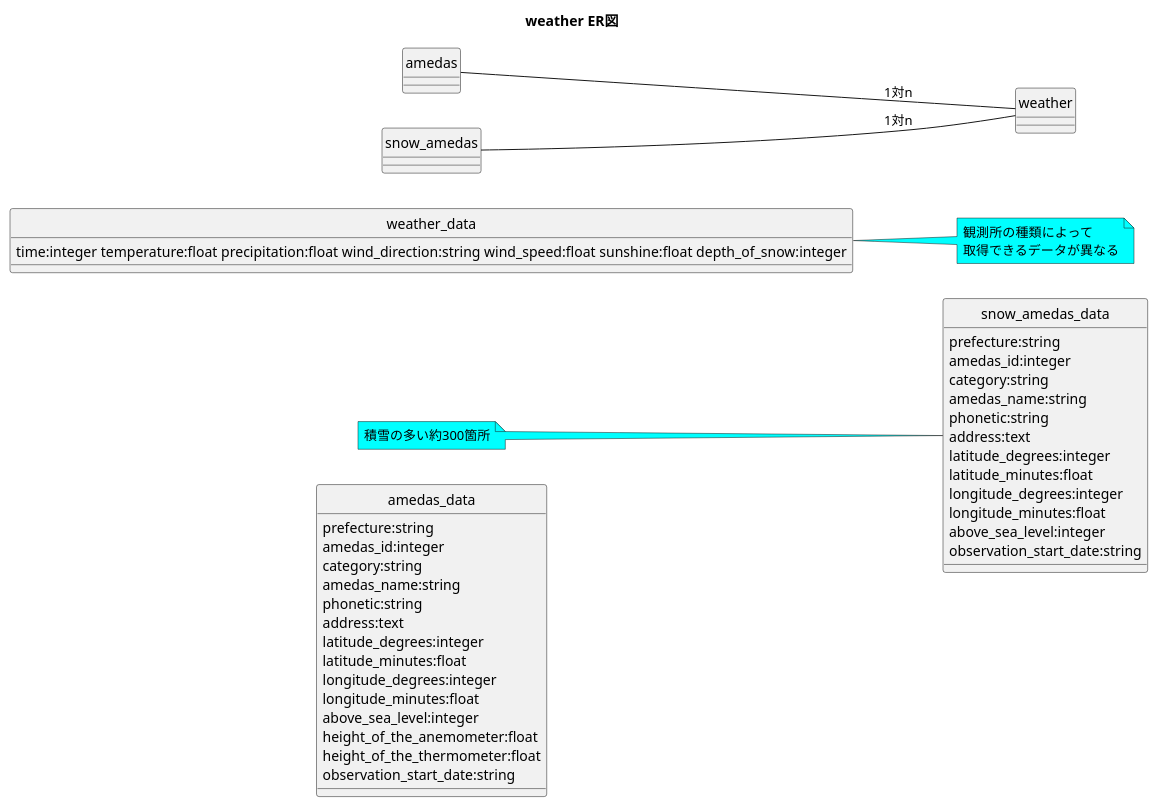
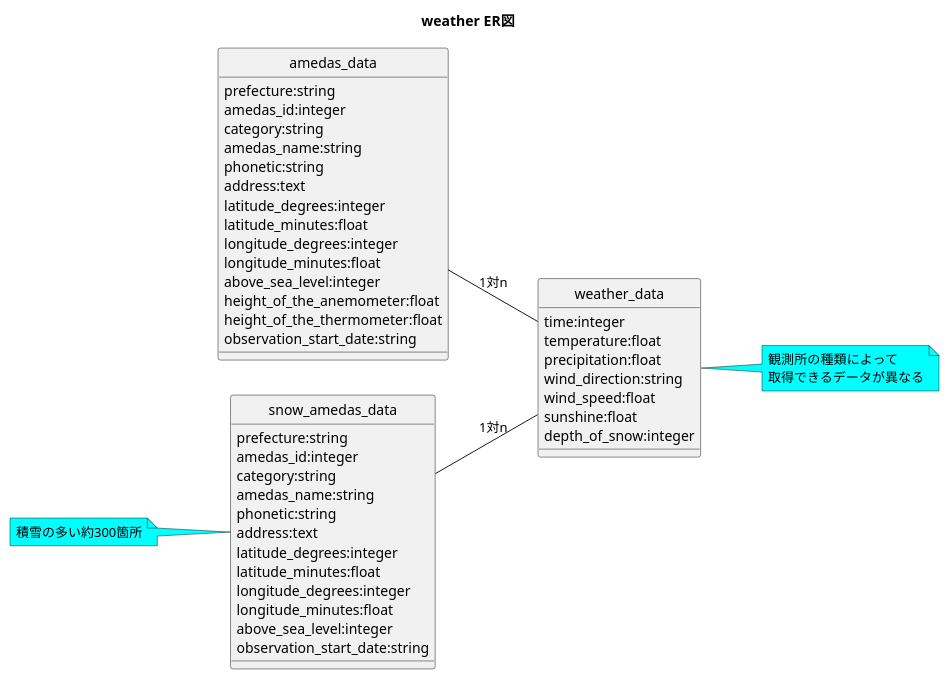
One commit to jagio0129/weather changed the diagram in doc/db_plan/true_database.pu. Above: the diagram before and after it, drawn with PlantUML. The commit also changed 1 other file, not shown here.

```diff
--- a/doc/db_plan/true_database.pu
+++ b/doc/db_plan/true_database.pu
@@ -1,54 +1,60 @@
 @startuml
 left to right direction
 hide circle
 
 title weather ER図
 
 class amedas_data{
   prefecture:string
   amedas_id:integer
   category:string
   amedas_name:string
   phonetic:string
   address:text
   latitude_degrees:integer
   latitude_minutes:float
   longitude_degrees:integer
   longitude_minutes:float
   above_sea_level:integer
   height_of_the_anemometer:float
   height_of_the_thermometer:float
   observation_start_date:string
 }
 
 class snow_amedas_data{
   prefecture:string
   amedas_id:integer
   category:string
   amedas_name:string
   phonetic:string
   address:text
   latitude_degrees:integer
   latitude_minutes:float
   longitude_degrees:integer
   longitude_minutes:float
   above_sea_level:integer
   observation_start_date:string
 }
 note left #aqua
   積雪の多い約300箇所
 end note
 
 class weather_data{
-  time:integer temperature:float precipitation:float wind_direction:string wind_speed:float sunshine:float depth_of_snow:integer
+  time:integer
+  temperature:float
+  precipitation:float
+  wind_direction:string
+  wind_speed:float
+  sunshine:float
+  depth_of_snow:integer
 }
 
 note right #aqua
   観測所の種類によって
   取得できるデータが異なる
 end note
 
-amedas -- weather :1対n
-snow_amedas -- weather :1対n
+amedas_data -- weather_data :1対n
+snow_amedas_data -- weather_data :1対n
 
 @enduml
```
